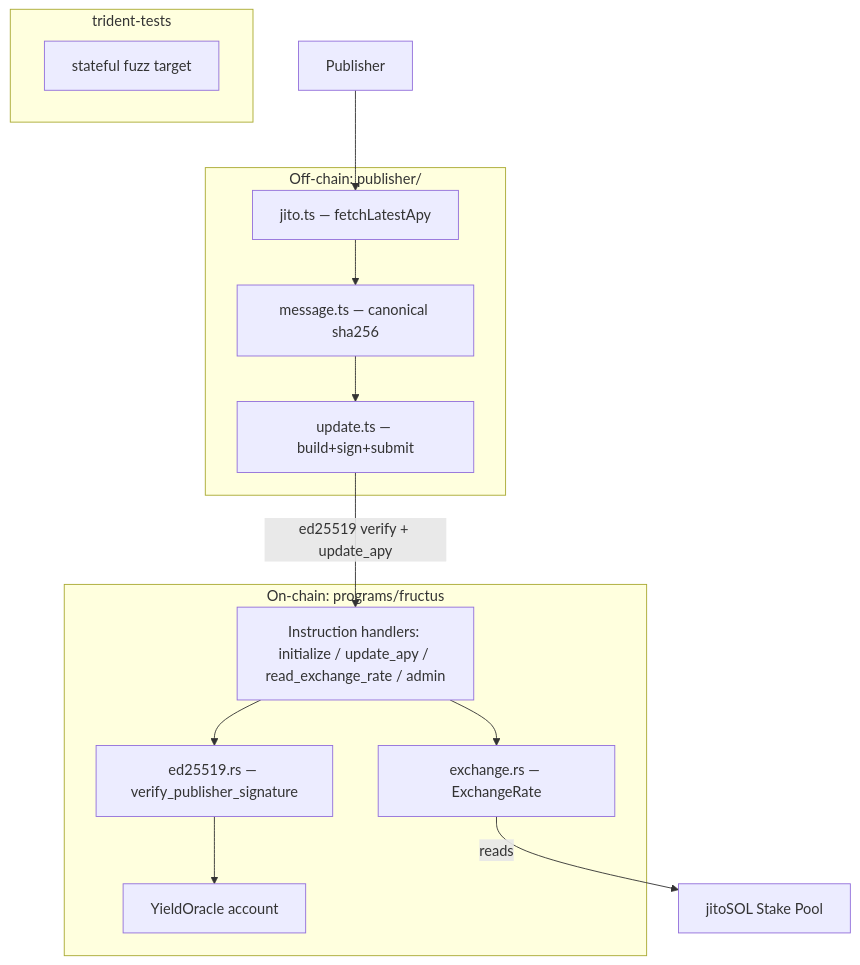
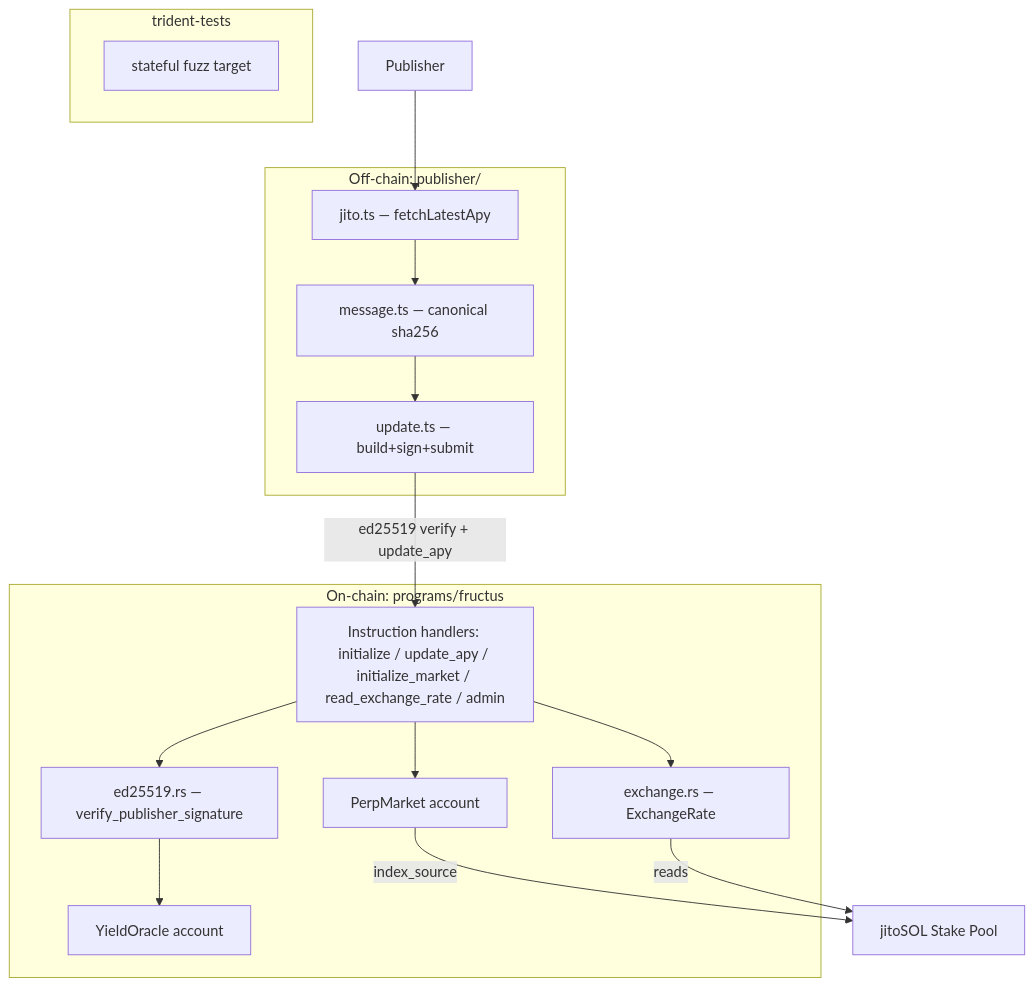
The second of 2 diagrams in docs/architecture.md (LaiTszKin/fructus), drawn with Mermaid before and after one commit. The commit also changed other lines of this file and 9 other files, not shown here.

Commit message:
docs: document PerpMarket account and initialize_market instruction

````diff
--- a/docs/architecture.md
+++ b/docs/architecture.md
@@ -20,21 +21,24 @@
 ```mermaid
 graph TD
     subgraph OnChain[On-chain: programs/fructus]
         ORC[YieldOracle account]
+        MKT[PerpMarket account]
         EXC[exchange.rs — ExchangeRate]
         ED[ed25519.rs — verify_publisher_signature]
-        IX[Instruction handlers: initialize / update_apy / read_exchange_rate / admin]
+        IX[Instruction handlers: initialize / update_apy / initialize_market / read_exchange_rate / admin]
     end
     subgraph OffChain[Off-chain: publisher/]
         FETCH[jito.ts — fetchLatestApy]
         MSG[message.ts — canonical sha256]
         SUB[update.ts — build+sign+submit]
     end
     subgraph Fuzz[trident-tests]
         FUZZ[stateful fuzz target]
     end
     P[Publisher] --> FETCH --> MSG --> SUB -->|ed25519 verify + update_apy| IX
     IX --> ED --> ORC
     IX --> EXC
+    IX --> MKT
+    MKT -->|index_source| SP
     EXC -->|reads| SP[jitoSOL Stake Pool]
 ```
````
